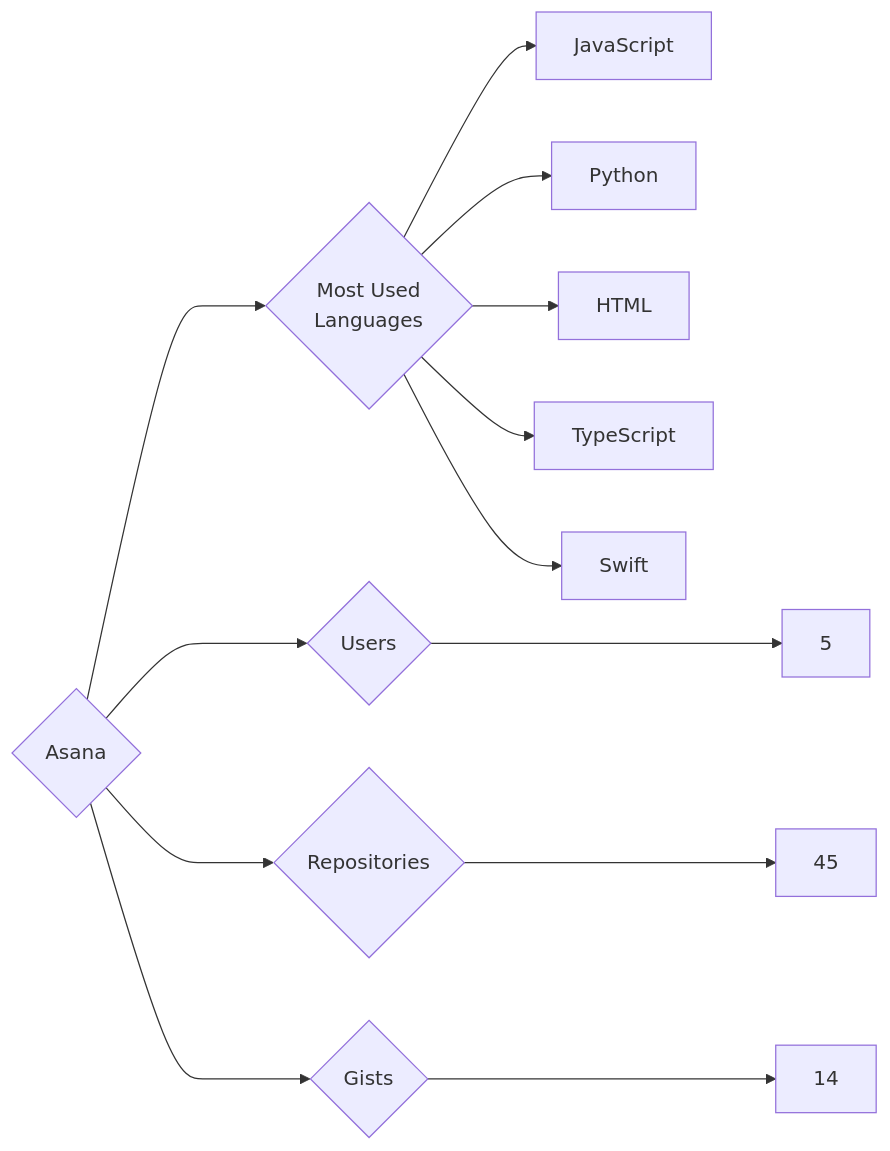
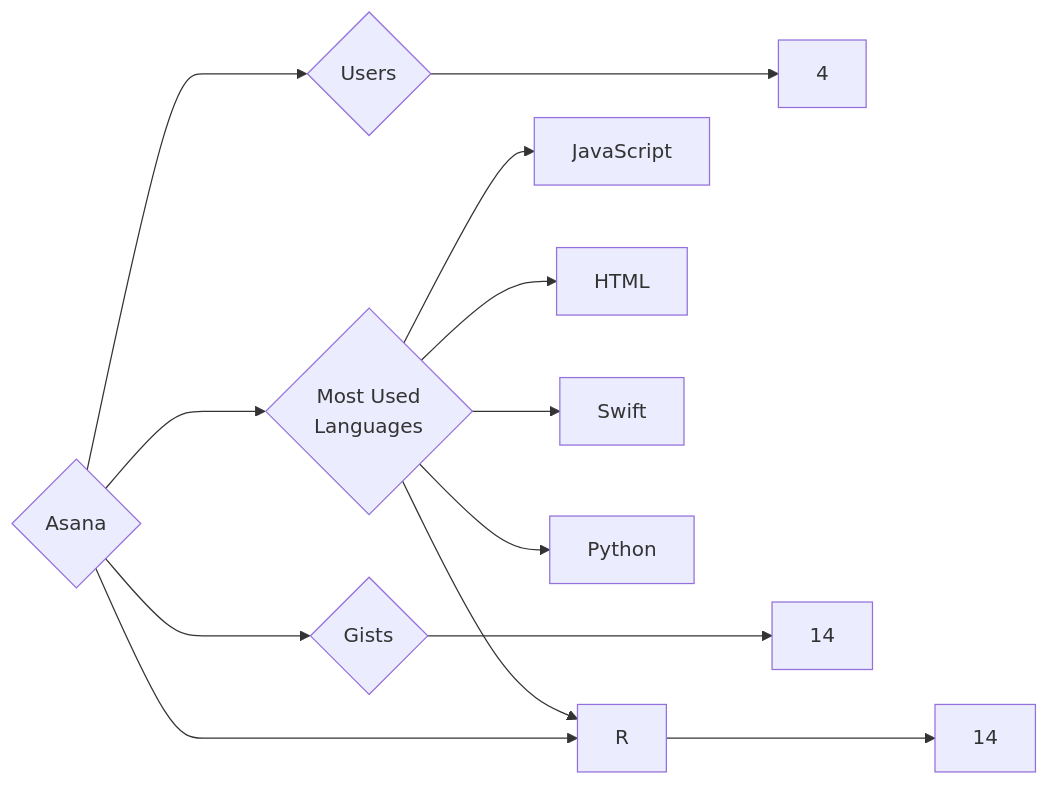
One commit to trickest/insiders changed the diagram in targets/Asana/README.md. Above: the diagram before and after it, drawn with Mermaid. The commit also changed 840 other files, not shown here.

````diff
--- a/targets/Asana/README.md
+++ b/targets/Asana/README.md
@@ -3,13 +3,13 @@
 ```mermaid
 graph LR
 COMPANY_NAME{Asana}
-COMPANY_NAME ---> U{Users} ---> UN[5]
-COMPANY_NAME ---> R{Repositories} ---> RN[45]
+COMPANY_NAME ---> U{Users} ---> UN[4]
+COMPANY_NAME ---> R{Repositories} ---> RN[14]
 COMPANY_NAME ---> G{Gists} ---> GN[14]
 COMPANY_NAME ---> ML{Most Used<br>Languages}
 ML --> JavaScript[JavaScript]
+ML --> HTML[HTML]
+ML --> Swift[Swift]
+ML --> R[R]
 ML --> Python[Python]
-ML --> HTML[HTML]
-ML --> TypeScript[TypeScript]
-ML --> Swift[Swift]
 ```
````
